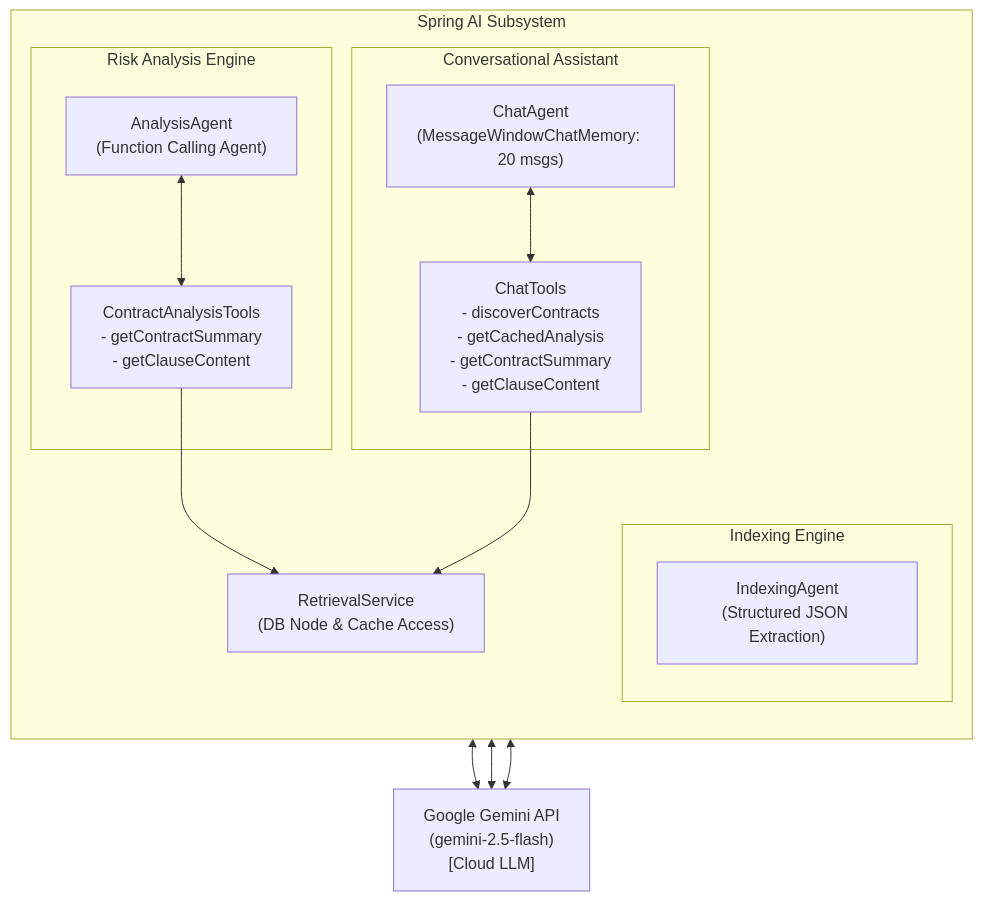
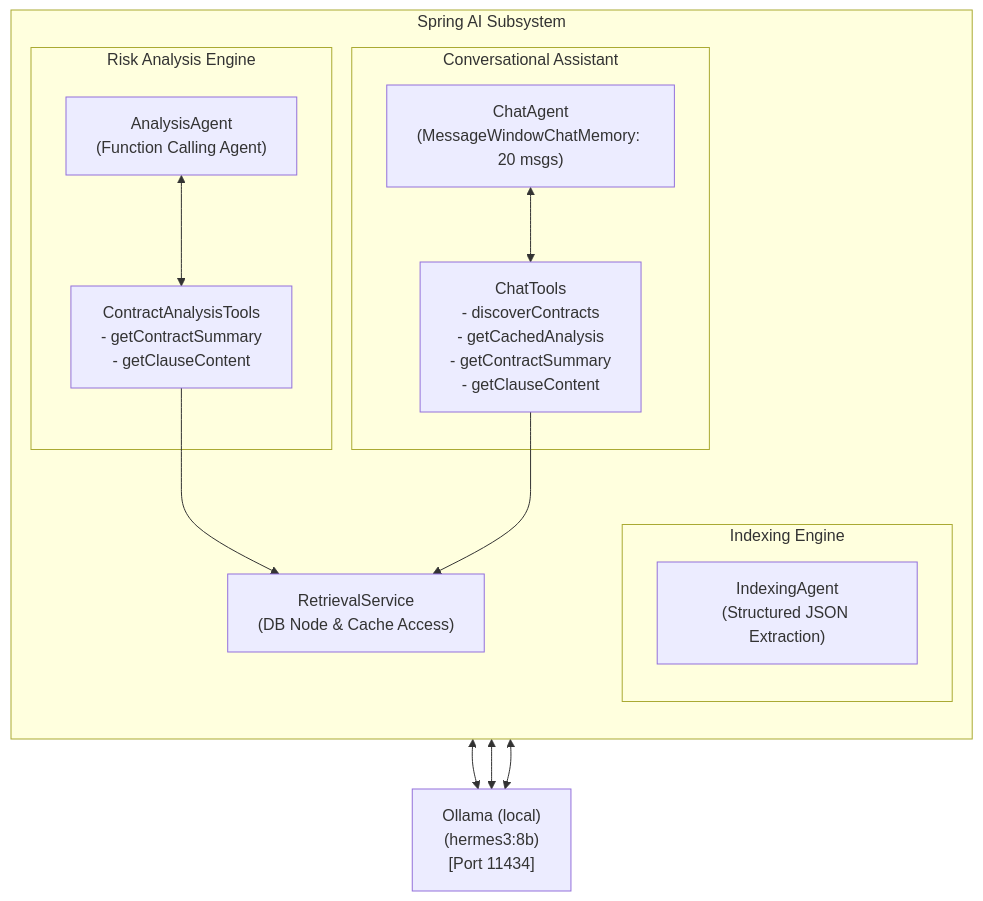
One commit to 171801rohith/ProcureMind changed the fourth of 4 diagrams in docs/architecture.md. Above: the diagram before and after it, drawn with Mermaid. The commit also changed other lines of this file and 116 other files, not shown here.

````diff
--- a/docs/architecture.md
+++ b/docs/architecture.md
@@ -275,31 +275,31 @@
 ```mermaid
 flowchart TD
     subgraph Spring AI Subsystem
         direction TB
 
         subgraph Indexing Engine
             IA["IndexingAgent\n(Structured JSON Extraction)"]
         end
 
         subgraph Risk Analysis Engine
             AA["AnalysisAgent\n(Function Calling Agent)"]
             CAT["ContractAnalysisTools\n- getContractSummary\n- getClauseContent"]
             AA <--> CAT
         end
 
         subgraph Conversational Assistant
             CA["ChatAgent\n(MessageWindowChatMemory: 20 msgs)"]
             CT["ChatTools\n- discoverContracts\n- getCachedAnalysis\n- getContractSummary\n- getClauseContent"]
             CA <--> CT
         end
 
         RET["RetrievalService\n(DB Node & Cache Access)"]
         CAT --> RET
         CT --> RET
     end
 
-    GEMINI["Google Gemini API\n(gemini-2.5-flash)\n[Cloud LLM]"]
-    IA <--> GEMINI
-    AA <--> GEMINI
-    CA <--> GEMINI
+    OLLAMA["Ollama (local)\n(hermes3:8b)\n[Port 11434]"]
+    IA <--> OLLAMA
+    AA <--> OLLAMA
+    CA <--> OLLAMA
 ```
````
